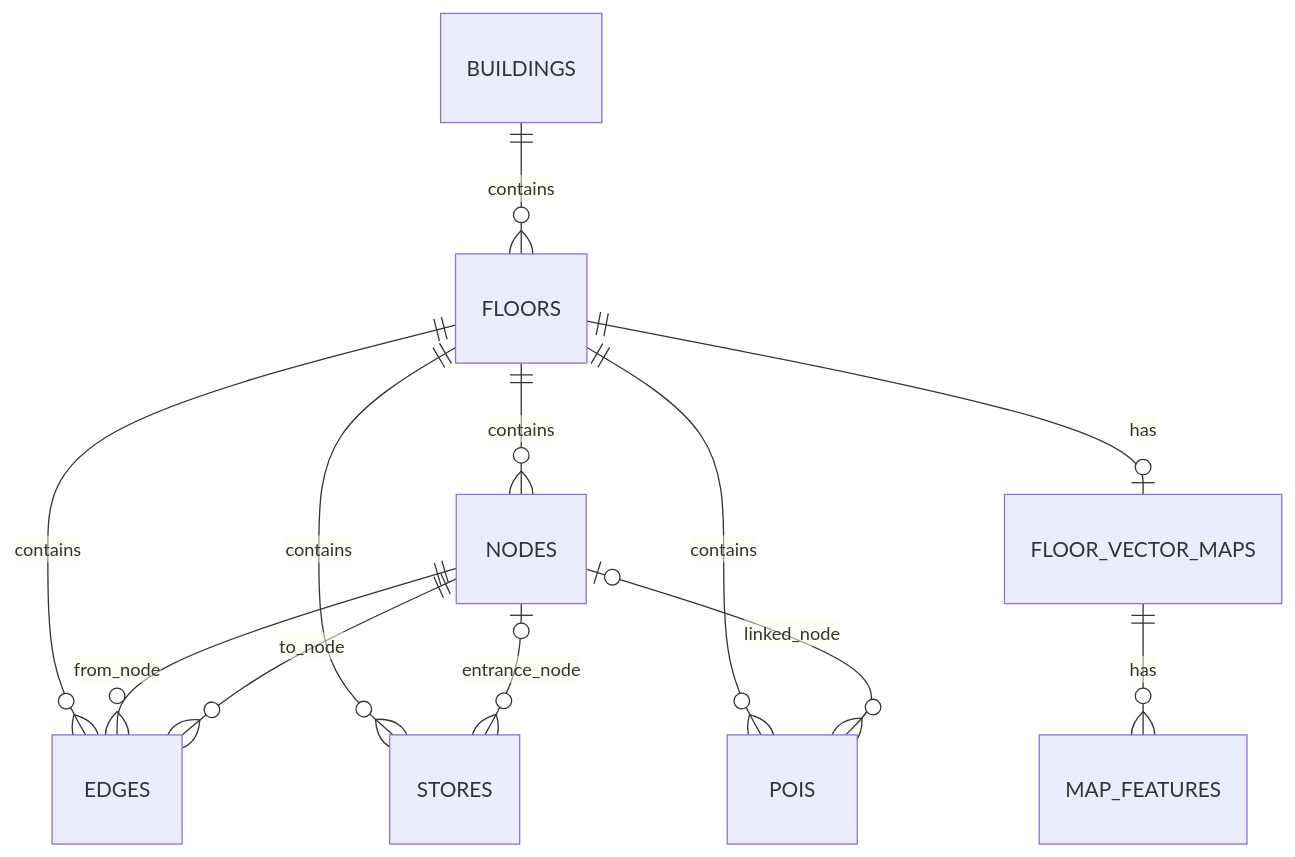
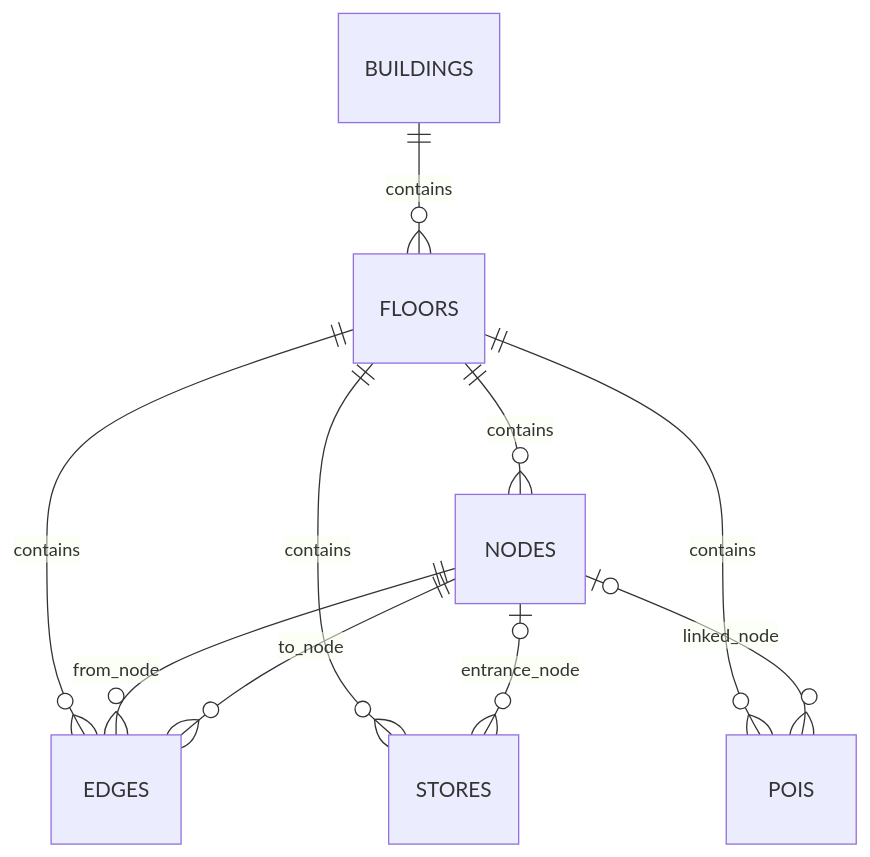
One commit to HumanLayer-auth/Navigation changed the diagram in docs/fastapi-request-flow.md. Above: the diagram before and after it, drawn with Mermaid. The commit also changed other lines of this file and 401 other files, not shown here.

````diff
--- a/docs/fastapi-request-flow.md
+++ b/docs/fastapi-request-flow.md
@@ -37,15 +40,12 @@
 ```mermaid
 erDiagram
     BUILDINGS ||--o{ FLOORS : contains
     FLOORS ||--o{ NODES : contains
     FLOORS ||--o{ EDGES : contains
     FLOORS ||--o{ STORES : contains
     FLOORS ||--o{ POIS : contains
-    FLOORS ||--o| FLOOR_VECTOR_MAPS : has
-    FLOOR_VECTOR_MAPS ||--o{ MAP_FEATURES : has
-
     NODES ||--o{ EDGES : from_node
     NODES ||--o{ EDGES : to_node
     NODES o|--o{ STORES : entrance_node
     NODES o|--o{ POIS : linked_node
 ```
````
